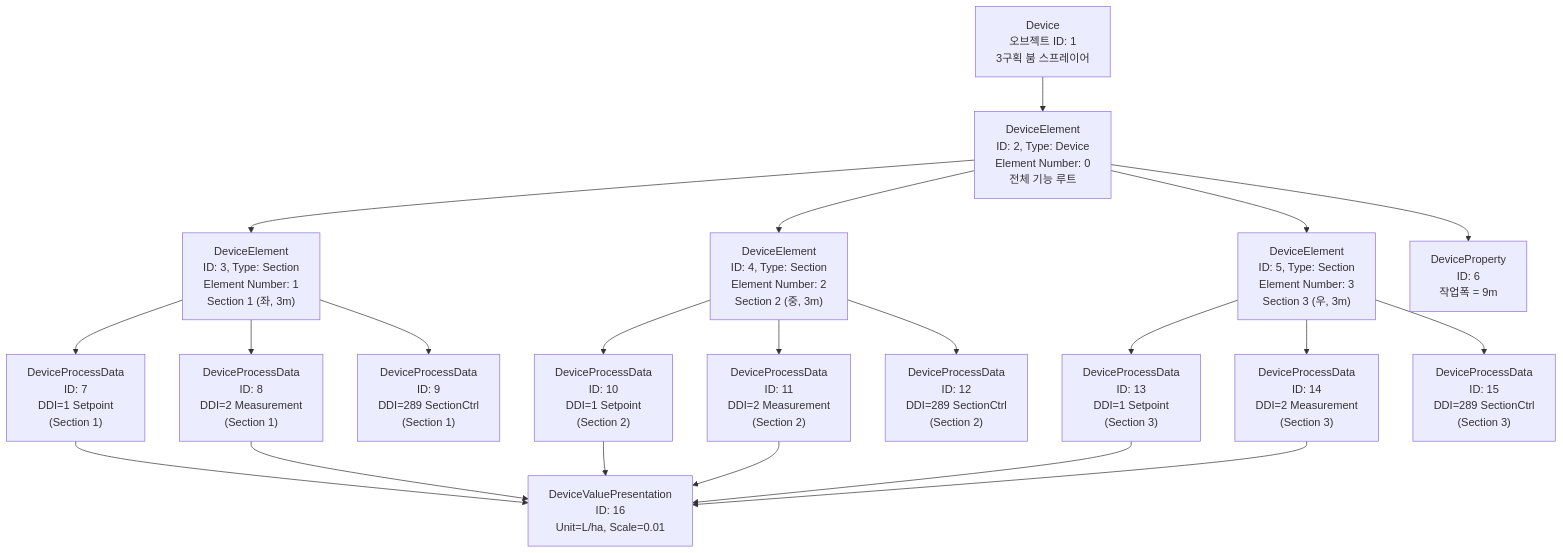
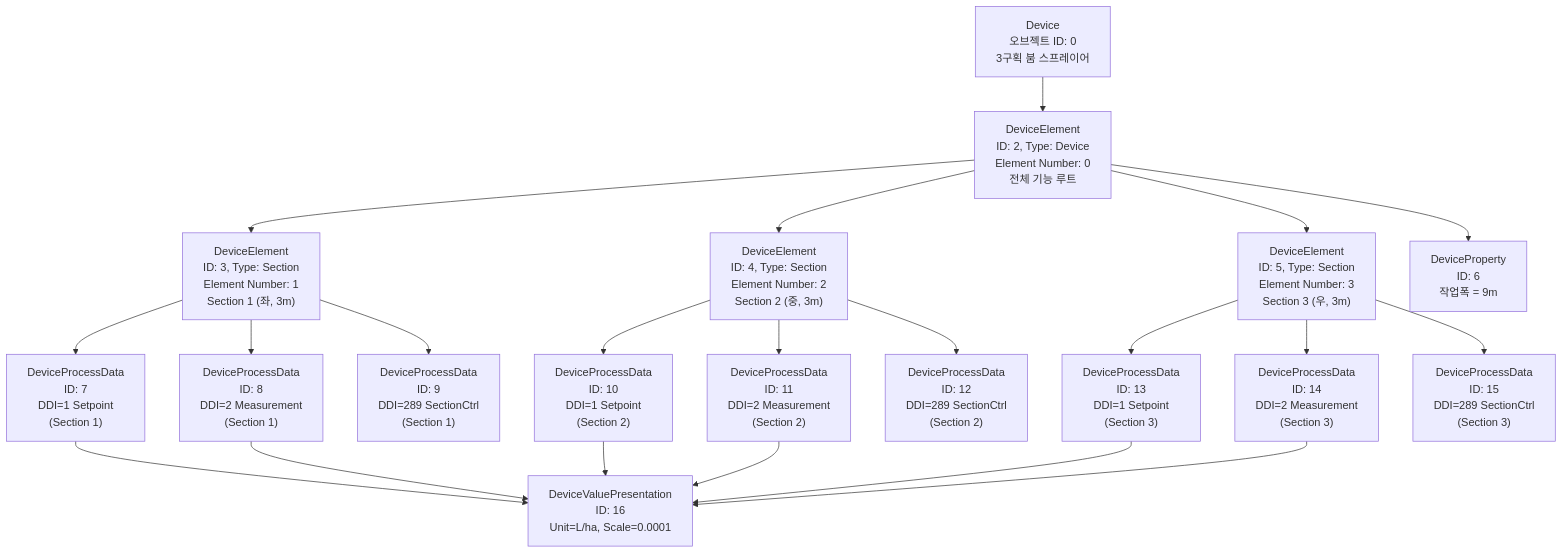
One commit to hobeen-kim/hobeen-kim.github.io changed the third of 3 diagrams in docs/_study/isobus/20-tc-ddop.md. Above: the diagram before and after it, drawn with Mermaid. The commit also changed other lines of this file and 232 other files, not shown here.

````diff
--- a/docs/_study/isobus/20-tc-ddop.md
+++ b/docs/_study/isobus/20-tc-ddop.md
@@ -154,53 +157,53 @@
 ```mermaid
 graph TD
-    DVC["Device<br>오브젝트 ID: 1<br>3구획 붐 스프레이어"]
+    DVC["Device<br>오브젝트 ID: 0<br>3구획 붐 스프레이어"]
 
     DE0["DeviceElement<br>ID: 2, Type: Device<br>Element Number: 0<br>전체 기능 루트"]
 
     DE1["DeviceElement<br>ID: 3, Type: Section<br>Element Number: 1<br>Section 1 (좌, 3m)"]
 
     DE2["DeviceElement<br>ID: 4, Type: Section<br>Element Number: 2<br>Section 2 (중, 3m)"]
 
     DE3["DeviceElement<br>ID: 5, Type: Section<br>Element Number: 3<br>Section 3 (우, 3m)"]
 
     PROP["DeviceProperty<br>ID: 6<br>작업폭 = 9m"]
 
     DPD_SP1["DeviceProcessData<br>ID: 7<br>DDI=1 Setpoint<br>(Section 1)"]
     DPD_MS1["DeviceProcessData<br>ID: 8<br>DDI=2 Measurement<br>(Section 1)"]
     DPD_SC1["DeviceProcessData<br>ID: 9<br>DDI=289 SectionCtrl<br>(Section 1)"]
 
     DPD_SP2["DeviceProcessData<br>ID: 10<br>DDI=1 Setpoint<br>(Section 2)"]
     DPD_MS2["DeviceProcessData<br>ID: 11<br>DDI=2 Measurement<br>(Section 2)"]
     DPD_SC2["DeviceProcessData<br>ID: 12<br>DDI=289 SectionCtrl<br>(Section 2)"]
 
     DPD_SP3["DeviceProcessData<br>ID: 13<br>DDI=1 Setpoint<br>(Section 3)"]
     DPD_MS3["DeviceProcessData<br>ID: 14<br>DDI=2 Measurement<br>(Section 3)"]
     DPD_SC3["DeviceProcessData<br>ID: 15<br>DDI=289 SectionCtrl<br>(Section 3)"]
 
-    DVP["DeviceValuePresentation<br>ID: 16<br>Unit=L/ha, Scale=0.01"]
+    DVP["DeviceValuePresentation<br>ID: 16<br>Unit=L/ha, Scale=0.0001"]
 
     DVC --> DE0
     DE0 --> DE1
     DE0 --> DE2
     DE0 --> DE3
     DE0 --> PROP
 
     DE1 --> DPD_SP1
     DE1 --> DPD_MS1
     DE1 --> DPD_SC1
 
     DE2 --> DPD_SP2
     DE2 --> DPD_MS2
     DE2 --> DPD_SC2
 
     DE3 --> DPD_SP3
     DE3 --> DPD_MS3
     DE3 --> DPD_SC3
 
     DPD_SP1 --> DVP
     DPD_MS1 --> DVP
     DPD_SP2 --> DVP
     DPD_MS2 --> DVP
     DPD_SP3 --> DVP
     DPD_MS3 --> DVP
 ```
````
